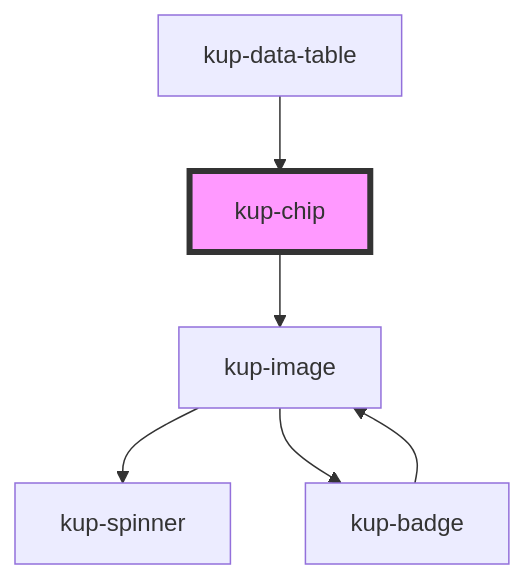
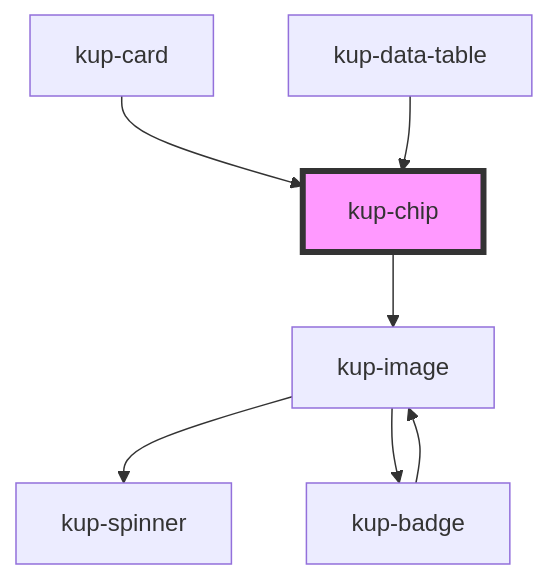
Before and after one commit to smeup/ketchup: the diagram in packages/ketchup/src/components/kup-chip/readme.md, drawn with Mermaid. The commit also changed other lines of this file and 6 other files, not shown here.

````diff
--- a/packages/ketchup/src/components/kup-chip/readme.md
+++ b/packages/ketchup/src/components/kup-chip/readme.md
@@ -39,9 +40,10 @@
 ```mermaid
 graph TD;
   kup-chip --> kup-image
   kup-image --> kup-spinner
   kup-image --> kup-badge
   kup-badge --> kup-image
+  kup-card --> kup-chip
   kup-data-table --> kup-chip
   style kup-chip fill:#f9f,stroke:#333,stroke-width:4px
 ```
````
